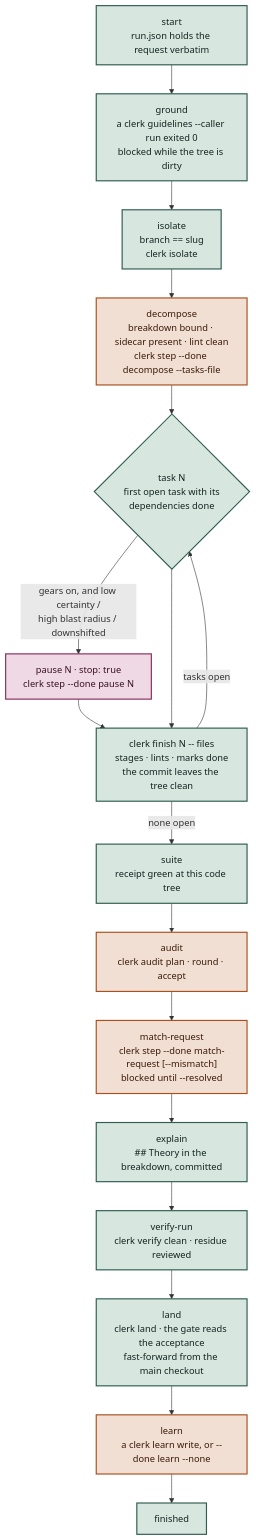
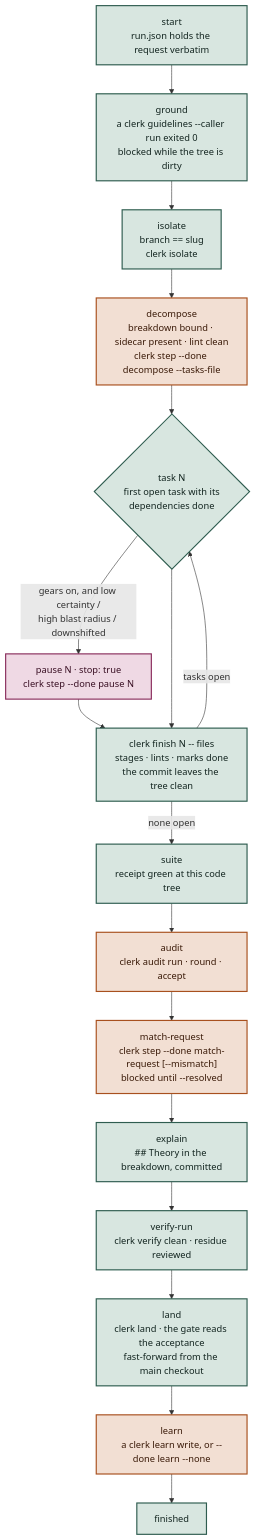
The second of 5 diagrams in link/common/dot-config/.config/ai/method/README.md (hpcsc/dotfiles), drawn with Mermaid before and after one commit. The commit also changed other lines of this file and 7 other files, not shown here.

First line of the commit message:
Fold clerk audit plan into run --rounds

````diff
--- a/link/common/dot-config/.config/ai/method/README.md
+++ b/link/common/dot-config/.config/ai/method/README.md
@@ -118,25 +118,25 @@
 ```mermaid
 flowchart TD
   START["start<br/>run.json holds the request verbatim"] --> GROUND
   GROUND["ground<br/>a clerk guidelines --caller run exited 0<br/>blocked while the tree is dirty"] --> ISOLATE
   ISOLATE["isolate<br/>branch == slug<br/>clerk isolate"] --> PLAN
   PLAN["decompose<br/>breakdown bound · sidecar present · lint clean<br/>clerk step --done decompose --tasks-file"] --> TASK
   TASK{"task N<br/>first open task with its<br/>dependencies done"} -->|"gears on, and low certainty /<br/>high blast radius / downshifted"| TESTS
   TESTS["pause N · stop: true<br/>clerk step --done pause N"] --> BUILD
   TASK --> BUILD["clerk finish N -- files<br/>stages · lints · marks done<br/>the commit leaves the tree clean"]
   BUILD -->|"tasks open"| TASK
   BUILD -->|"none open"| SUITE
   SUITE["suite<br/>receipt green at this code tree"] --> AUDIT
-  AUDIT["audit<br/>clerk audit plan · round · accept"] --> VALIDATE
+  AUDIT["audit<br/>clerk audit run · round · accept"] --> VALIDATE
   VALIDATE["match-request<br/>clerk step --done match-request [--mismatch]<br/>blocked until --resolved"] --> THEORY
   THEORY["explain<br/>## Theory in the breakdown, committed"] --> VERIFY
   VERIFY["verify-run<br/>clerk verify clean · residue reviewed"] --> LAND
   LAND["land<br/>clerk land · the gate reads the acceptance<br/>fast-forward from the main checkout"] --> LEARN
   LEARN["learn<br/>a clerk learn write, or --done learn --none"] --> FIN["finished"]
   classDef derived fill:#D8E6E0,stroke:#2F5D50,stroke-width:2px,color:#132520
   classDef asserted fill:#F2DFD3,stroke:#A8501E,stroke-width:2px,color:#3A1A08
   classDef gate fill:#EFD9E4,stroke:#8A2E5D,stroke-width:2px,color:#3A1024
   class START,GROUND,ISOLATE,TASK,BUILD,SUITE,THEORY,VERIFY,LAND,FIN derived
   class PLAN,AUDIT,VALIDATE,LEARN asserted
   class TESTS gate
 ```
````
